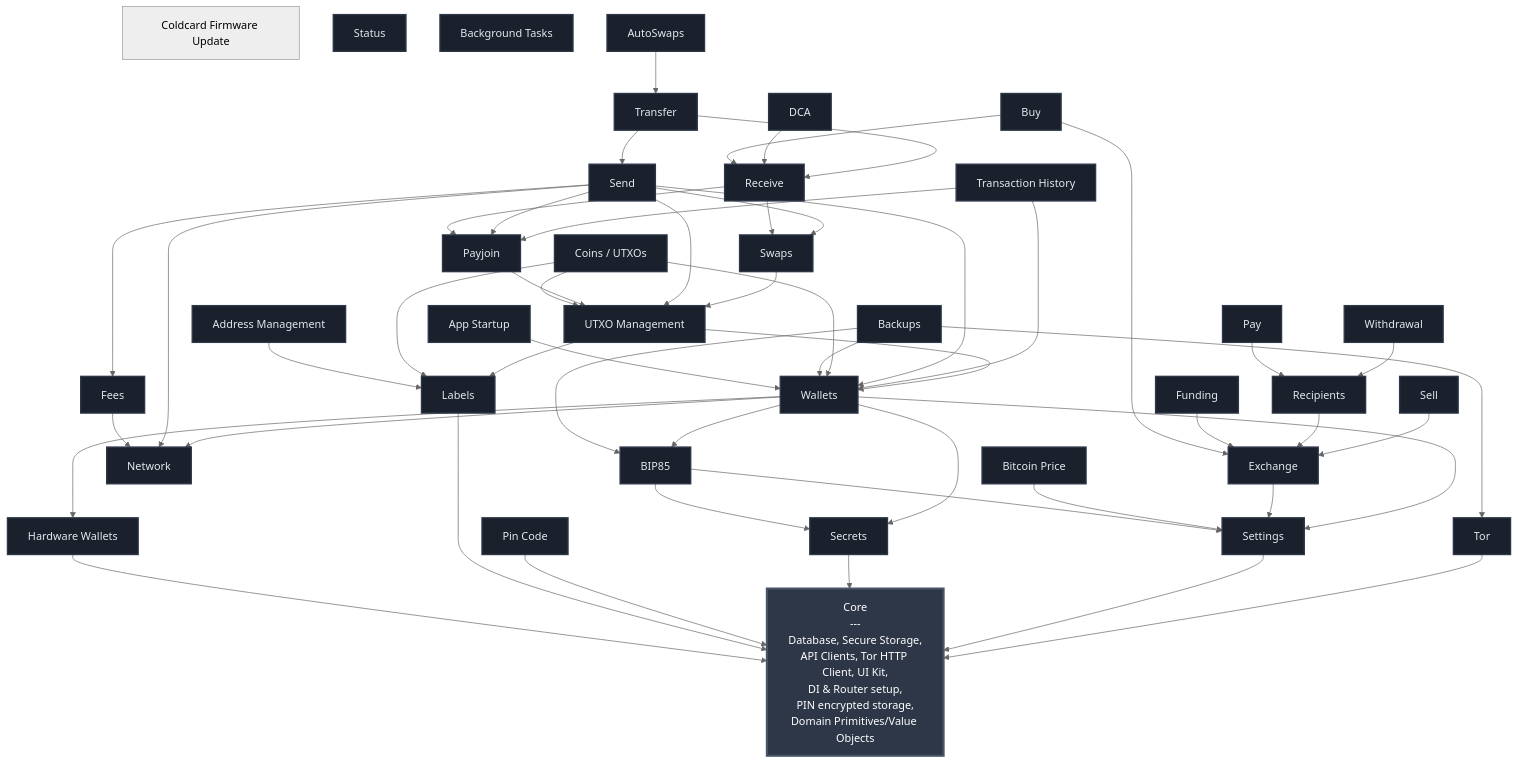
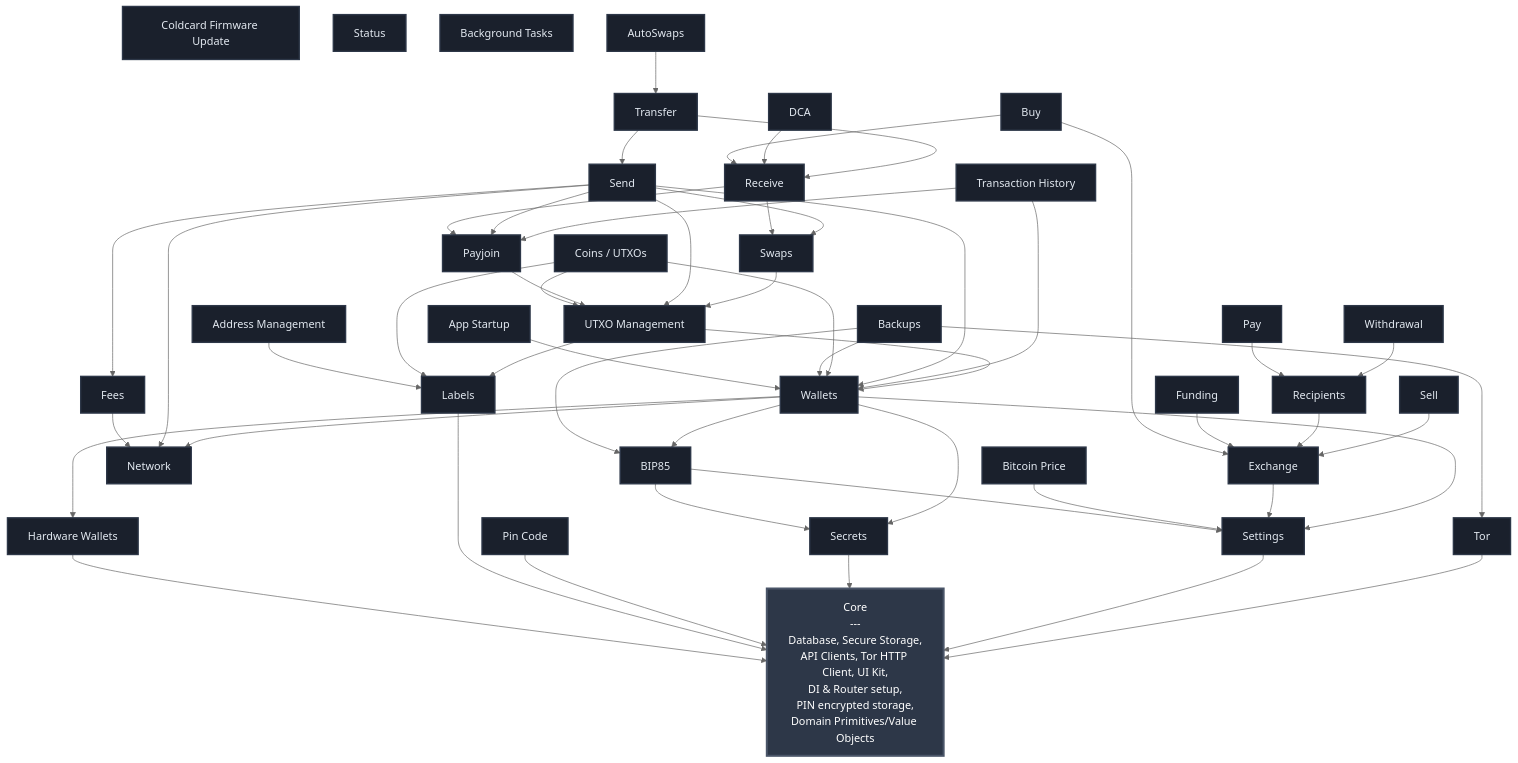
One commit to SatoshiPortal/bullbitcoin-mobile changed the diagram in FEATURES.md. Above: the diagram before and after it, drawn with Mermaid (neutral theme). The commit also changed 30 other files, not shown here.

Commit message:
refactor(coldcard): scope firmware session to the feature

````diff
--- a/FEATURES.md
+++ b/FEATURES.md
@@ -106,5 +106,5 @@
     classDef featureStyle fill:#1a202c,stroke:#2d3748,stroke-width:2px,color:#e2e8f0
 
     class CORE coreStyle
-    class SETTINGS,TOR,PIN_CODE,LABELS,SECRETS,HW_WALLETS,BTC_PRICE,NETWORK,BIP85,FEES,WALLETS,EXCHANGE,APP_STARTUP,UTXO_MGMT,ADDRESS_MGMT,RECIPIENTS,FUNDING,BACKUPS,SWAPS,PAYJOIN,WITHDRAWAL,STATUS,SEND,RECEIVE,TRANSFER,TX_HISTORY,BG_TASKS,AUTOSWAPS,DCA,SELL,PAY,BUY,COINS featureStyle
+    class SETTINGS,TOR,PIN_CODE,LABELS,SECRETS,HW_WALLETS,COLDCARD_FW,BTC_PRICE,NETWORK,BIP85,FEES,WALLETS,EXCHANGE,APP_STARTUP,UTXO_MGMT,ADDRESS_MGMT,RECIPIENTS,FUNDING,BACKUPS,SWAPS,PAYJOIN,WITHDRAWAL,STATUS,SEND,RECEIVE,TRANSFER,TX_HISTORY,BG_TASKS,AUTOSWAPS,DCA,SELL,PAY,BUY,COINS featureStyle
 ```
````
